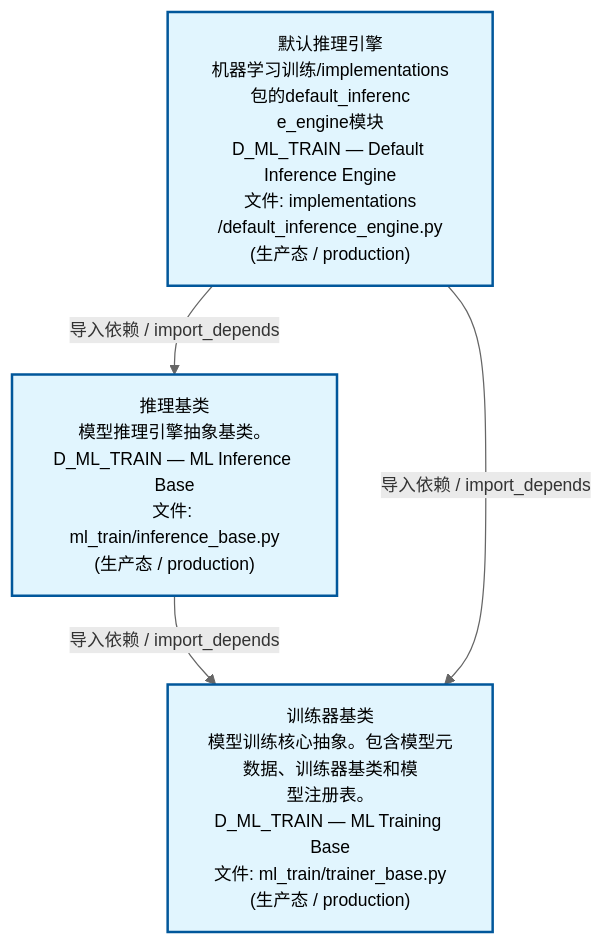
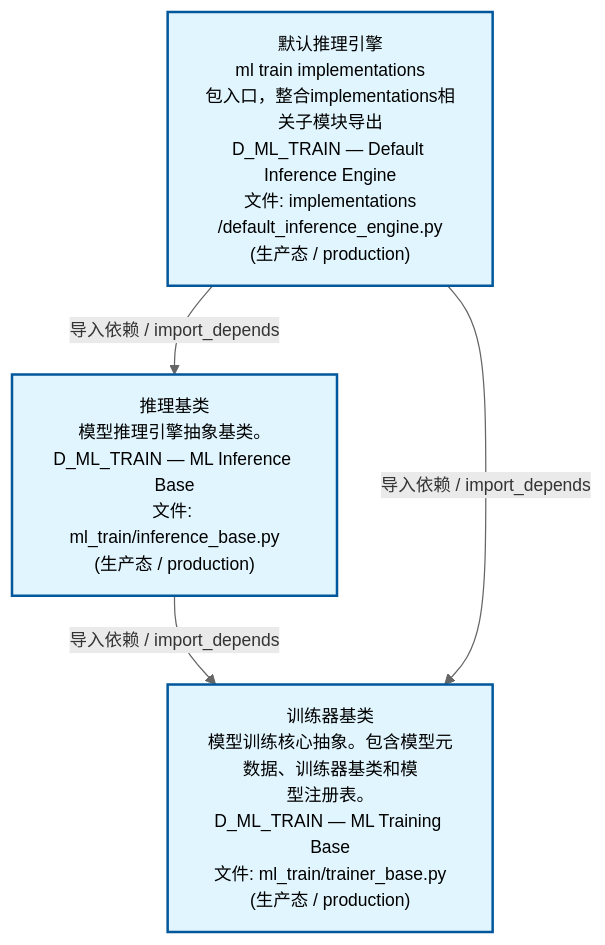
The second of 4 diagrams in docs/02_enterprise_architecture/02_domain_architecture_docs/61_d_ml_train.md (xuanFelixVan/ZephyrAlpha), drawn with Mermaid before and after one commit. The commit also changed other lines of this file and 50 other files, not shown here.

````diff
--- a/docs/02_enterprise_architecture/02_domain_architecture_docs/61_d_ml_train.md
+++ b/docs/02_enterprise_architecture/02_domain_architecture_docs/61_d_ml_train.md
@@ -99,15 +99,15 @@
 ```mermaid
 %%{init: {'theme': 'base', 'themeVariables': {'primaryColor': '#eaeaea', 'primaryTextColor': '#333333', 'primaryBorderColor': '#666666', 'lineColor': '#666666', 'secondaryColor': '#eaeaea', 'tertiaryColor': '#eaeaea', 'fontSize': '14px'}}}%%
 flowchart TD
-    src_zephyr_ml_train_implementations_default_inference_engine_py["默认推理引擎<br/>机器学习训练/implementations包的default_inferenc<br/>e_engine模块<br/>D_ML_TRAIN — Default Inference Engine<br/>文件: implementations<br/>/default_inference_engine.py<br/>(生产态 / production)"]
+    src_zephyr_ml_train_implementations_default_inference_engine_py["默认推理引擎<br/>ml train implementations<br/>包入口，整合implementations相关子模块导出<br/>D_ML_TRAIN — Default Inference Engine<br/>文件: implementations<br/>/default_inference_engine.py<br/>(生产态 / production)"]
     src_zephyr_ml_train_inference_base_py["推理基类<br/>模型推理引擎抽象基类。<br/>D_ML_TRAIN — ML Inference Base<br/>文件: ml_train/inference_base.py<br/>(生产态 / production)"]
     src_zephyr_ml_train_trainer_base_py["训练器基类<br/>模型训练核心抽象。包含模型元数据、训练器基类和模<br/>型注册表。<br/>D_ML_TRAIN — ML Training Base<br/>文件: ml_train/trainer_base.py<br/>(生产态 / production)"]
     src_zephyr_ml_train_inference_base_py -->|导入依赖 / import_depends| src_zephyr_ml_train_trainer_base_py
+    src_zephyr_ml_train_implementations_default_inference_engine_py -->|导入依赖 / import_depends| src_zephyr_ml_train_inference_base_py
     src_zephyr_ml_train_implementations_default_inference_engine_py -->|导入依赖 / import_depends| src_zephyr_ml_train_trainer_base_py
-    src_zephyr_ml_train_implementations_default_inference_engine_py -->|导入依赖 / import_depends| src_zephyr_ml_train_inference_base_py
     classDef production fill:#e1f5fe,stroke:#01579b,stroke-width:2px,color:#000
     classDef design fill:#fff3e0,stroke:#e65100,stroke-width:2px,color:#000,stroke-dasharray: 5 5
     classDef external_prod fill:#e8f4fd,stroke:#0277bd,stroke-width:1px,color:#000
     classDef external_design fill:#fff8e7,stroke:#ef6c00,stroke-width:1px,color:#000,stroke-dasharray: 5 5
     class src_zephyr_ml_train_implementations_default_inference_engine_py,src_zephyr_ml_train_inference_base_py,src_zephyr_ml_train_trainer_base_py production
 ```
````
